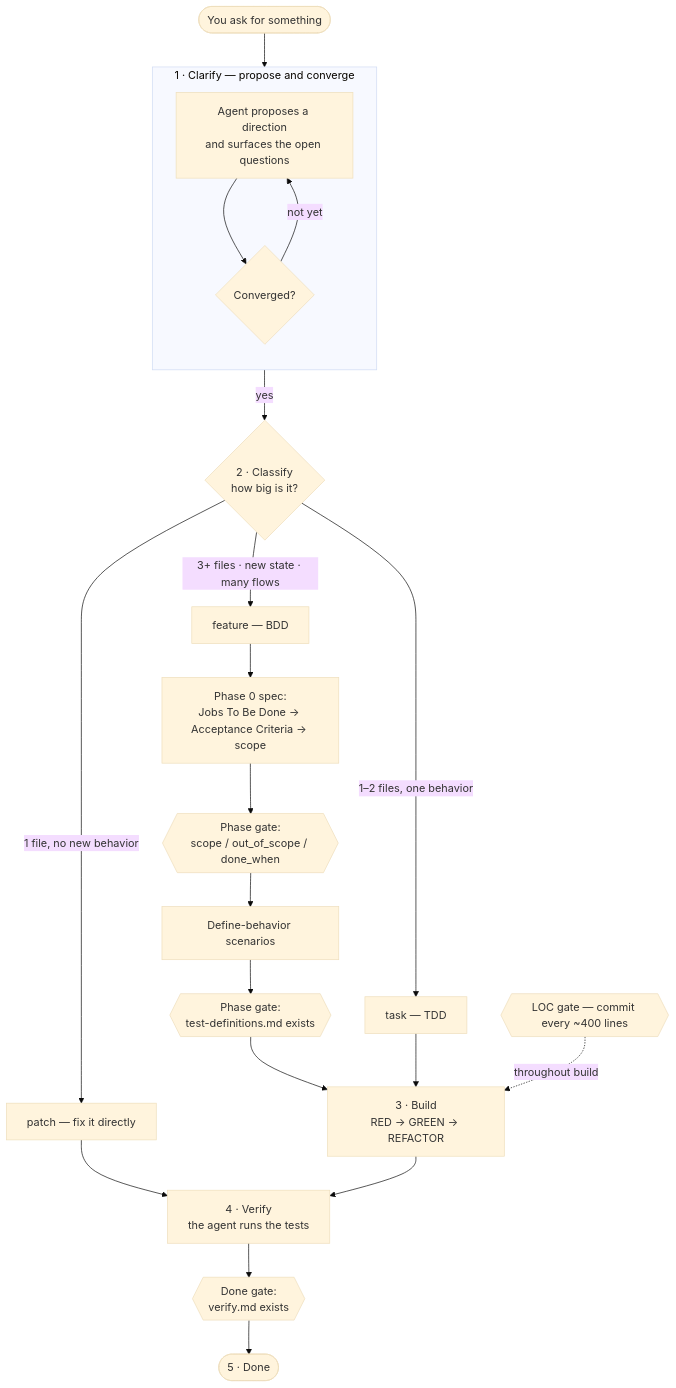
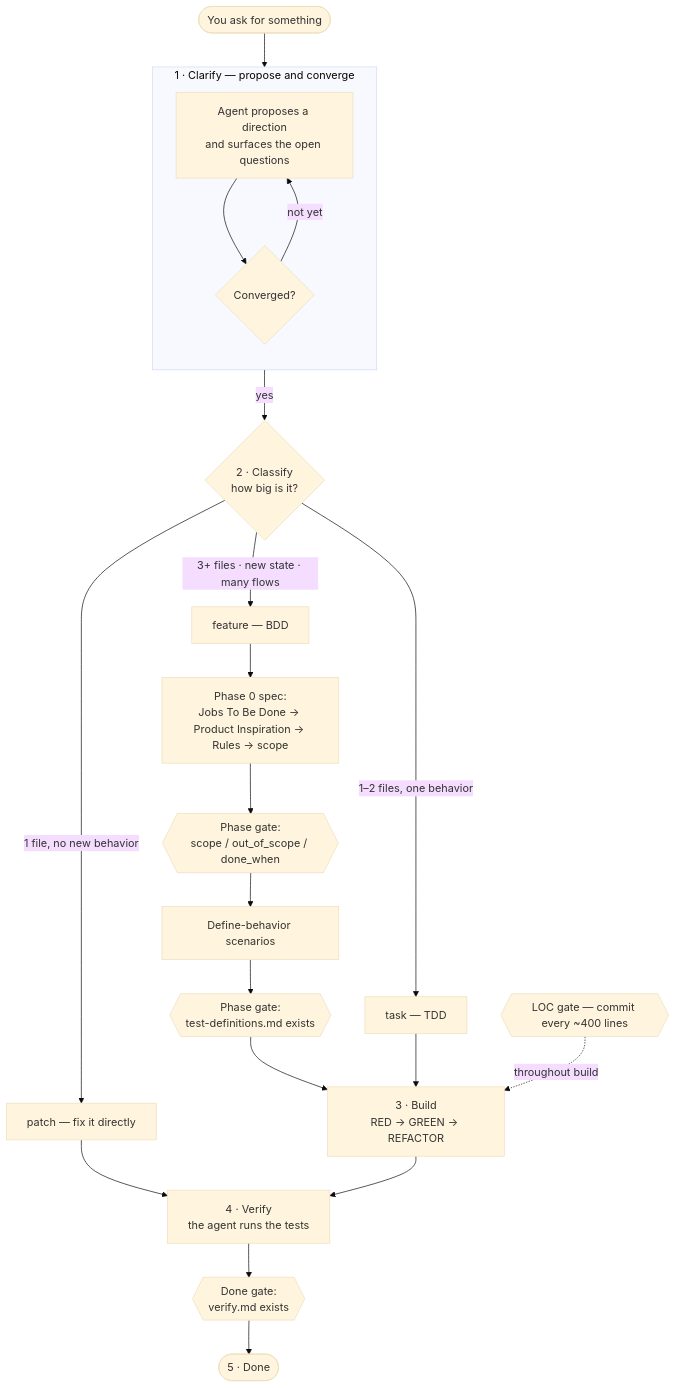
One commit to ArcadeAI/safeword changed the diagram in README.md. Above: the diagram before and after it, drawn with Mermaid (base theme). The commit also changed other lines of this file and 2 other files, not shown here.

Commit message:
docs: explain inspiration in feature delivery

````diff
--- a/README.md
+++ b/README.md
@@ -125,34 +125,34 @@
 ```mermaid
 flowchart TD
     start([You ask for something])
     start --> propose
 
     subgraph clarify ["1 · Clarify — propose and converge"]
       direction TB
       propose["Agent proposes a direction<br/>and surfaces the open questions"]
       converged{"Converged?"}
       propose --> converged
       converged -->|"not yet"| propose
     end
 
     converged -->|"yes"| classify{"2 · Classify<br/>how big is it?"}
 
     classify -->|"1 file, no new behavior"| patch["patch — fix it directly"]
     classify -->|"1–2 files, one behavior"| task["task — TDD"]
     classify -->|"3+ files · new state · many flows"| feature["feature — BDD"]
 
-    feature --> phase0["Phase 0 spec:<br/>Jobs To Be Done → Acceptance Criteria → scope"]
+    feature --> phase0["Phase 0 spec:<br/>Jobs To Be Done → Product Inspiration → Rules → scope"]
     phase0 --> g1{{"Phase gate:<br/>scope / out_of_scope / done_when"}}
     g1 --> scenarios["Define-behavior scenarios"]
     scenarios --> g2{{"Phase gate:<br/>test-definitions.md exists"}}
     g2 --> build
 
     task --> build["3 · Build<br/>RED → GREEN → REFACTOR"]
     patch --> verify
 
     build --> verify["4 · Verify<br/>the agent runs the tests"]
     verify --> g3{{"Done gate:<br/>verify.md exists"}}
     g3 --> done([5 · Done])
 
     loc{{"LOC gate — commit every ~400 lines"}} -.->|throughout build| build
 ```
````
